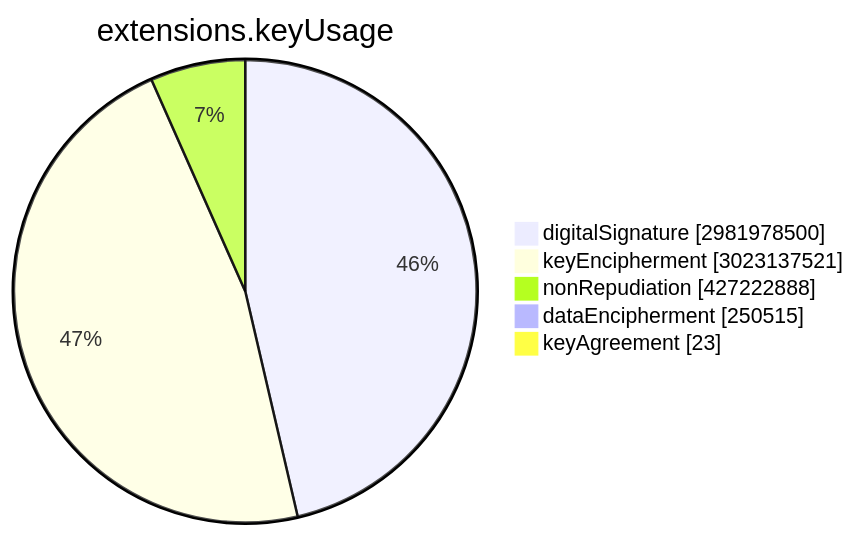
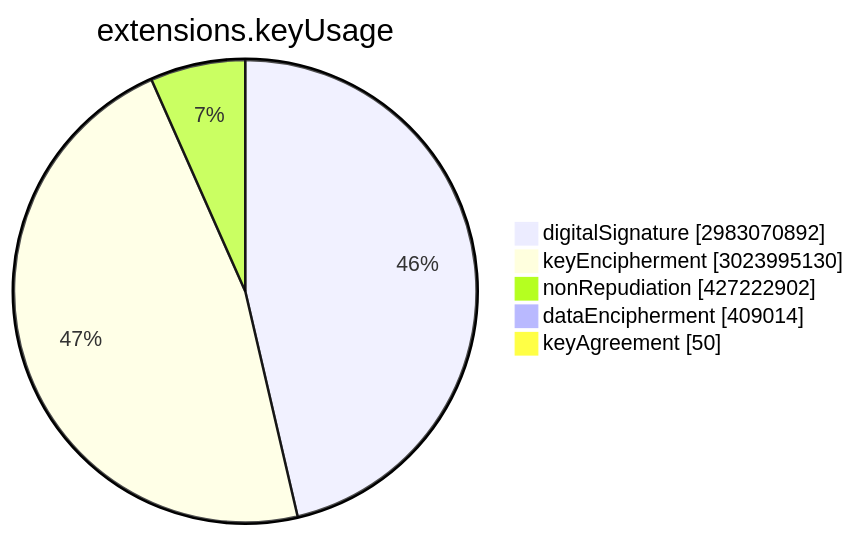
The sixth of 15 diagrams in TOTAL/README.md (christiankrug/ctmonitor_visualization), drawn with Mermaid before and after one commit. The commit also changed other lines of this file, not shown here.

````diff
--- a/TOTAL/README.md
+++ b/TOTAL/README.md
@@ -3067,9 +3068,9 @@
 ```mermaid
 pie showData
 title extensions.keyUsage
-"digitalSignature" :2981978500
-"keyEncipherment" :3023137521
-"nonRepudiation" :427222888
-"dataEncipherment" :250515
-"keyAgreement" :23
+"digitalSignature" :2983070892
+"keyEncipherment" :3023995130
+"nonRepudiation" :427222902
+"dataEncipherment" :409014
+"keyAgreement" :50
 ```
````
